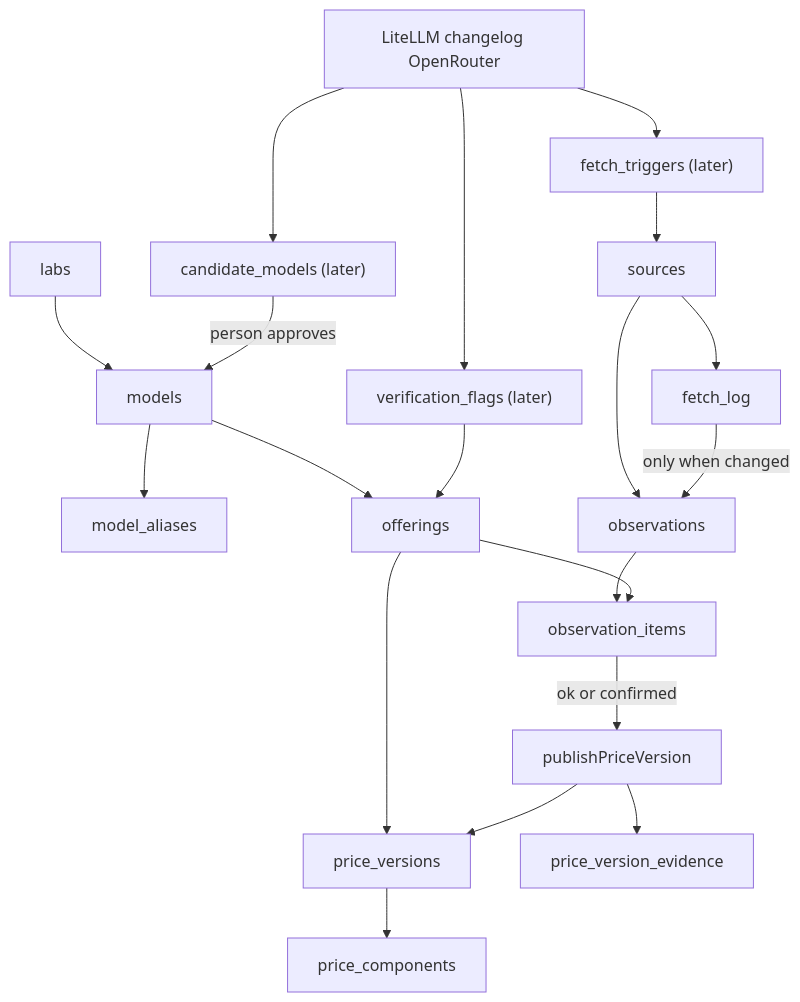
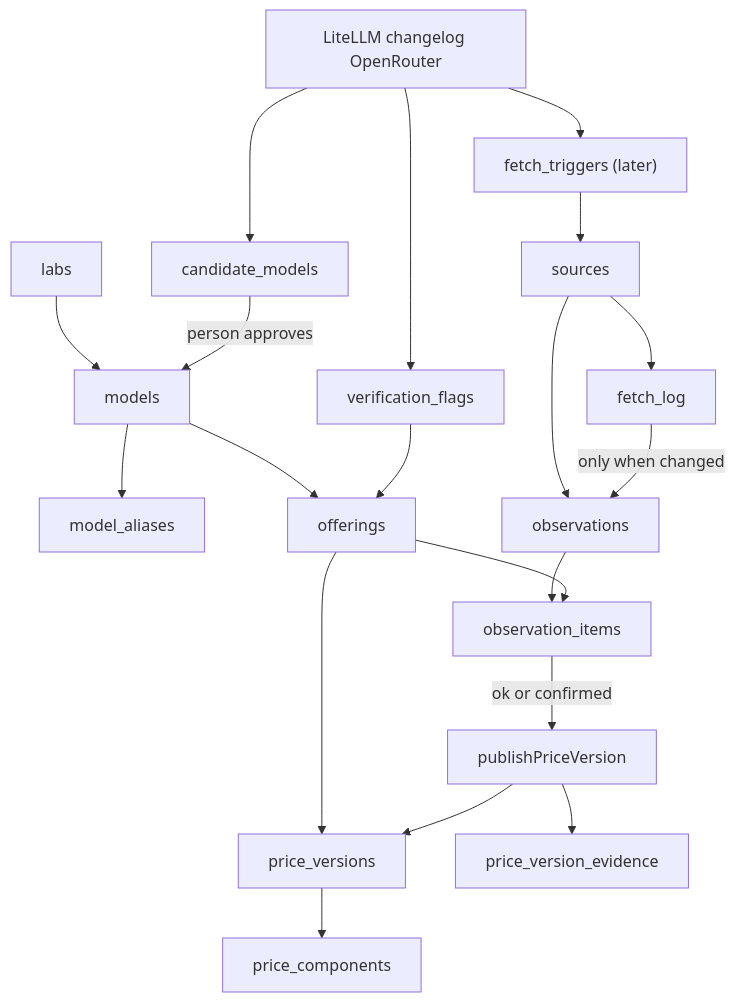
The third of 3 diagrams in docs/architecture.md (theidlebranch/priceTrail), drawn with Mermaid before and after one commit. The commit also changed other lines of this file and 5 other files, not shown here.

````diff
--- a/docs/architecture.md
+++ b/docs/architecture.md
@@ -67,24 +67,24 @@
 ```mermaid
 flowchart TD
   labs --> models
   models --> model_aliases
   models --> offerings
   offerings --> price_versions
   price_versions --> price_components
 
   sources --> fetch_log
   sources --> observations
   fetch_log -->|"only when changed"| observations
   observations --> observation_items
   offerings --> observation_items
   observation_items -->|"ok or confirmed"| publishPriceVersion
   publishPriceVersion --> price_versions
   publishPriceVersion --> price_version_evidence
 
   witnesses[LiteLLM changelog OpenRouter] --> fetch_triggers_later["fetch_triggers (later)"]
-  witnesses --> candidate_models_later["candidate_models (later)"]
-  witnesses --> verification_flags_later["verification_flags (later)"]
+  witnesses --> candidate_models
+  witnesses --> verification_flags
   fetch_triggers_later --> sources
-  candidate_models_later -->|"person approves"| models
-  verification_flags_later --> offerings
+  candidate_models -->|"person approves"| models
+  verification_flags --> offerings
 ```
````
